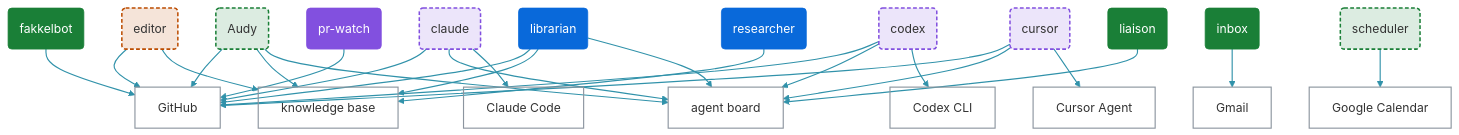
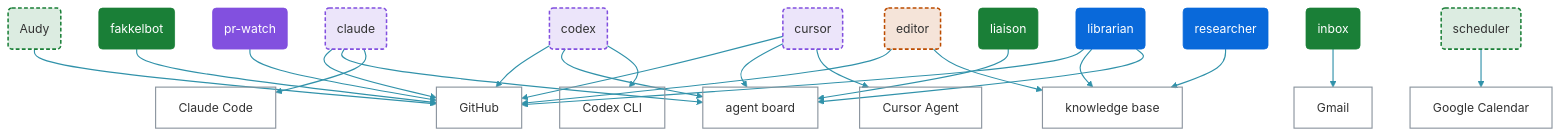
One commit to dfakkeldy/fakkelbot changed the second of 2 diagrams in docs/bot-chart.md. Above: the diagram before and after it, drawn with Mermaid. The commit also changed other lines of this file and 6 other files, not shown here.

````diff
--- a/docs/bot-chart.md
+++ b/docs/bot-chart.md
@@ -89,62 +91,60 @@
 ```mermaid
 %%{init: {"flowchart": {"curve": "basis"}}}%%
 flowchart TB
     bot_audy("Audy")
     bot_claude("claude")
     bot_codex("codex")
     bot_cursor("cursor")
     bot_editor("editor")
     bot_fakkelbot("fakkelbot")
     bot_inbox("inbox")
     bot_liaison("liaison")
     bot_librarian("librarian")
     bot_pr_watch("pr-watch")
     bot_researcher("researcher")
     bot_scheduler("scheduler")
     sys_github["GitHub"]
     sys_kb["knowledge base"]
     sys_board["agent board"]
     sys_gmail["Gmail"]
     sys_gcal["Google Calendar"]
     sys_claude_cli["Claude Code"]
     sys_cursor_cli["Cursor Agent"]
     sys_codex_cli["Codex CLI"]
     bot_audy --> sys_github
-    bot_audy --> sys_kb
-    bot_audy --> sys_board
     bot_claude --> sys_github
     bot_claude --> sys_board
     bot_claude --> sys_claude_cli
     bot_codex --> sys_github
     bot_codex --> sys_board
     bot_codex --> sys_codex_cli
     bot_cursor --> sys_github
     bot_cursor --> sys_board
     bot_cursor --> sys_cursor_cli
     bot_editor --> sys_github
     bot_editor --> sys_kb
     bot_fakkelbot --> sys_github
     bot_inbox --> sys_gmail
     bot_liaison --> sys_board
     bot_librarian --> sys_github
     bot_librarian --> sys_kb
     bot_librarian --> sys_board
     bot_pr_watch --> sys_github
     bot_researcher --> sys_kb
     bot_scheduler --> sys_gcal
     classDef daily_life_optional fill:#1a7f3726,stroke:#1a7f37,stroke-width:2px,stroke-dasharray:5 3
     class bot_audy,bot_scheduler daily_life_optional
     classDef builders_optional fill:#8250df26,stroke:#8250df,stroke-width:2px,stroke-dasharray:5 3
     class bot_claude,bot_codex,bot_cursor builders_optional
     classDef content_optional fill:#bc4c0026,stroke:#bc4c00,stroke-width:2px,stroke-dasharray:5 3
     class bot_editor content_optional
     classDef daily_life fill:#1a7f37,stroke:#1a7f37,color:#ffffff
     class bot_fakkelbot,bot_inbox,bot_liaison daily_life
     classDef work fill:#0969da,stroke:#0969da,color:#ffffff
     class bot_librarian,bot_researcher work
     classDef builders fill:#8250df,stroke:#8250df,color:#ffffff
     class bot_pr_watch builders
     classDef system fill:transparent,stroke:#8c959f,stroke-width:1.5px
     class sys_github,sys_kb,sys_board,sys_gmail,sys_gcal,sys_claude_cli,sys_cursor_cli,sys_codex_cli system
-    linkStyle 0,1,2,3,4,5,6,7,8,9,10,11,12,13,14,15,16,17,18,19,20,21,22 stroke:#3192aa,stroke-width:1.5px
+    linkStyle 0,1,2,3,4,5,6,7,8,9,10,11,12,13,14,15,16,17,18,19,20 stroke:#3192aa,stroke-width:1.5px
 ```
````
